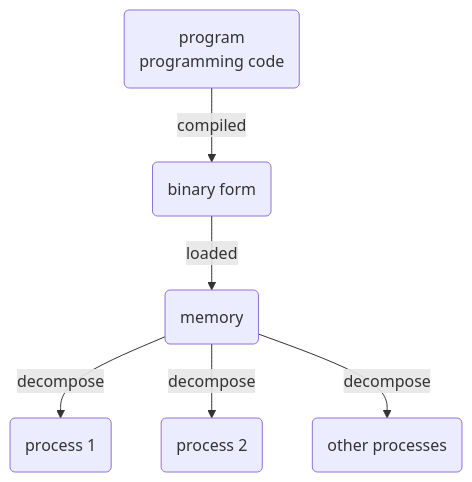
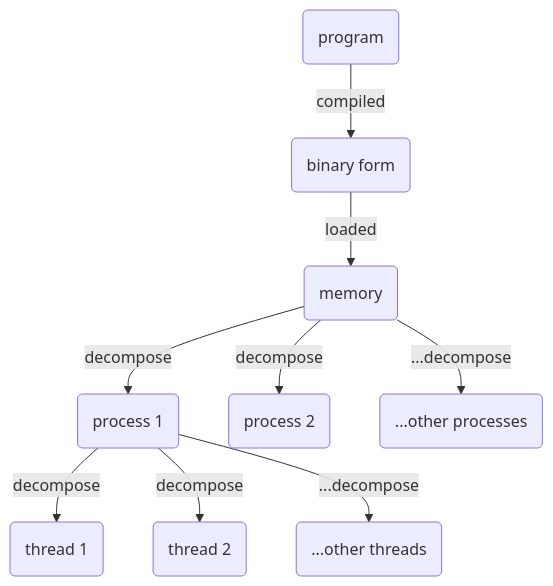
Before and after one commit to YCChenVictor/blog-frontend: the diagram in _posts/computer/operating_system/2021-12-24-threads-and-concurrency.md, drawn with Mermaid. The commit also changed other lines of this file and 97 other files, not shown here.

```diff
--- a/_posts/computer/operating_system/2021-12-24-threads-and-concurrency.md
+++ b/_posts/computer/operating_system/2021-12-24-threads-and-concurrency.md
@@ -24,12 +24,14 @@
 <div class="mermaid">
 graph TD
-  id1(program <br> programming code) --compiled--> id2(binary form)
+  id1(program) --compiled--> id2(binary form)
   id2(binary form) --loaded--> id3(memory)
 
   id3(memory) --decompose--> id4(process 1)
   id3(memory) --decompose--> id5(process 2)
-  id3(memory) --decompose--> id6(other processes)
+  id3(memory) --...decompose--> id6(...other processes)
   
-
+  id4(process 1) --decompose--> id7(thread 1)
+  id4(process 1) --decompose--> id8(thread 2)
+  id4(process 1) --...decompose--> id9(...other threads)
 
 </div>
```
